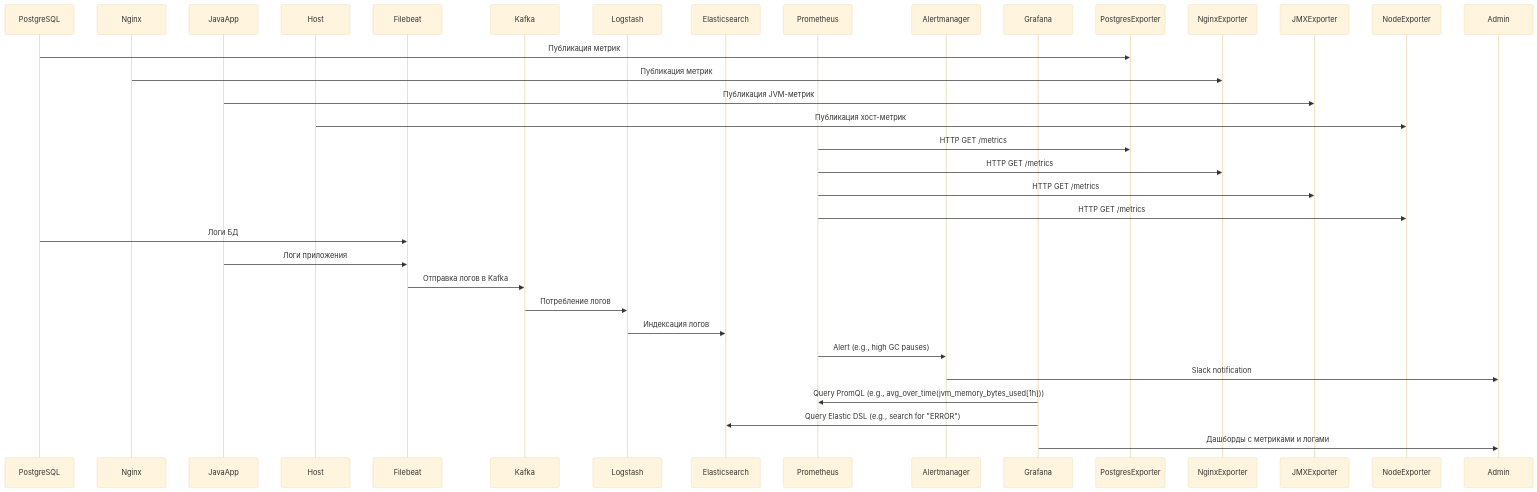
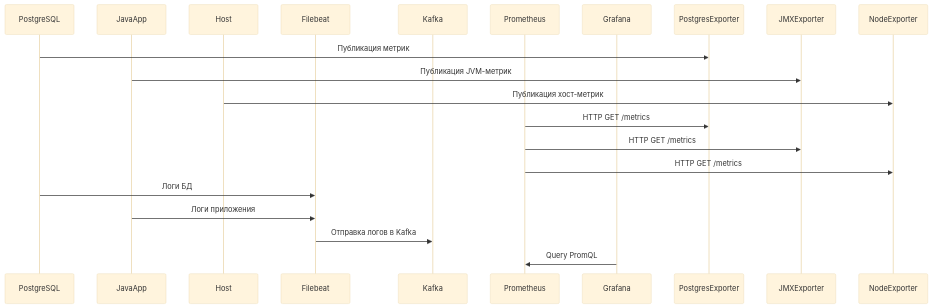
The diagram in Introduction_monitoring/README.md (lamjob1993/linux-monitoring), drawn with Mermaid (base theme) before and after one commit.

````diff
--- a/Introduction_monitoring/README.md
+++ b/Introduction_monitoring/README.md
@@ -71,42 +71,21 @@
 ```mermaid
 sequenceDiagram
     participant PostgreSQL
-    participant Nginx
     participant JavaApp
     participant Host
     participant Filebeat
     participant Kafka
-    participant Logstash
-    participant Elasticsearch
     participant Prometheus
-    participant Alertmanager
     participant Grafana
 
-    %% Сбор метрик
     PostgreSQL->>PostgresExporter: Публикация метрик
-    Nginx->>NginxExporter: Публикация метрик
     JavaApp->>JMXExporter: Публикация JVM-метрик
     Host->>NodeExporter: Публикация хост-метрик
-
-    %% Prometheus забирает метрики
     Prometheus->>PostgresExporter: HTTP GET /metrics
-    Prometheus->>NginxExporter: HTTP GET /metrics
     Prometheus->>JMXExporter: HTTP GET /metrics
     Prometheus->>NodeExporter: HTTP GET /metrics
-
-    %% Сбор логов
     PostgreSQL->>Filebeat: Логи БД
     JavaApp->>Filebeat: Логи приложения
     Filebeat->>Kafka: Отправка логов в Kafka
-
-    %% Обработка логов
-    Kafka->>Logstash: Потребление логов
-    Logstash->>Elasticsearch: Индексация логов
-
-    %% Визуализация и оповещение
-    Prometheus->>Alertmanager: Alert (e.g., high GC pauses)
-    Alertmanager->>Admin: Slack notification
-    Grafana->>Prometheus: Query PromQL (e.g., avg_over_time(jvm_memory_bytes_used[1h]))
-    Grafana->>Elasticsearch: Query Elastic DSL (e.g., search for "ERROR")
-    Grafana->>Admin: Дашборды с метриками и логами
+    Grafana->>Prometheus: Query PromQL
 ```
````
